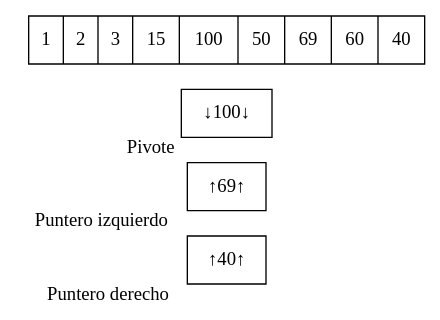
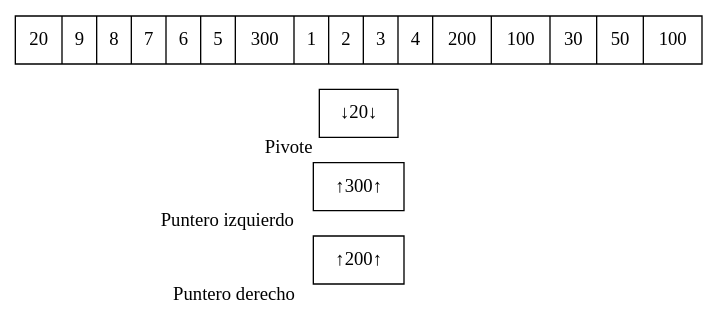
One commit to oscarc99/EDD_DIC_2019_PY2_201709140- changed the diagram in src/Imagenes/quicksort/i42.dot. Above: the diagram before and after it, drawn with Graphviz. The commit also changed 655 other files, not shown here.

```diff
--- a/src/Imagenes/quicksort/i42.dot
+++ b/src/Imagenes/quicksort/i42.dot
@@ -1,5 +1,5 @@
 digraph G{ node [shape = record ];
- rankdir=LR;puntDer[label="↑40↑" xlabel="Puntero derecho" pos = "12,0!"]
-puntIzq[label="↑69↑" xlabel="Puntero izquierdo" pos = "8,0!"]
-pivote[label="↓100↓" xlabel ="Pivote" pos = "10,2!"]
-X[label="{ 1|2|3|15|100|50|69|60|40}" pos = "10,1!" ]}
+ rankdir=LR;puntDer[label="↑200↑" xlabel="Puntero derecho" pos = "12,0!"]
+puntIzq[label="↑300↑" xlabel="Puntero izquierdo" pos = "8,0!"]
+pivote[label="↓20↓" xlabel ="Pivote" pos = "10,2!"]
+X[label="{ 20|9|8|7|6|5|300|1|2|3|4|200|100|30|50|100}" pos = "10,1!" ]}
```
